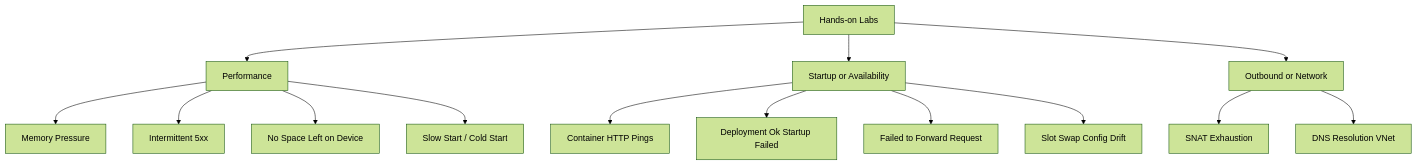
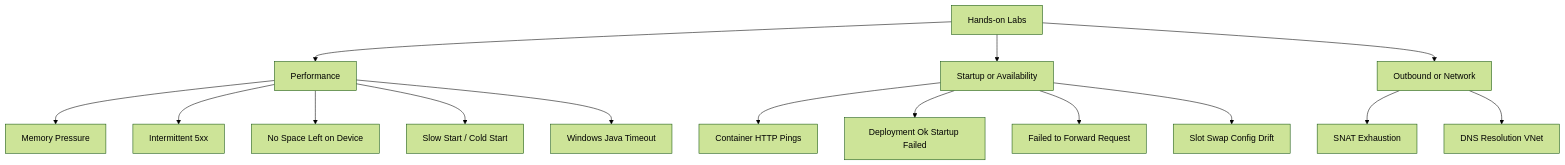
Before and after one commit to yeongseon/azure-app-service-practical-guide: the diagram in docs/troubleshooting/lab-guides/index.md, drawn with Mermaid (forest theme). The commit also changed other lines of this file and 1 other file, not shown here.

Commit message:
docs: fix Windows Java lab guide structure and document observability gaps

````diff
--- a/docs/troubleshooting/lab-guides/index.md
+++ b/docs/troubleshooting/lab-guides/index.md
@@ -17,16 +17,17 @@
 ```mermaid
 graph TD
     A[Hands-on Labs] --> B[Performance]
     A --> C[Startup or Availability]
     A --> D[Outbound or Network]
     B --> E[Memory Pressure]
     B --> F[Intermittent 5xx]
     B --> G[No Space Left on Device]
     B --> H[Slow Start / Cold Start]
+    B --> O[Windows Java Timeout]
     C --> I[Container HTTP Pings]
     C --> J[Deployment Ok Startup Failed]
     C --> K[Failed to Forward Request]
     C --> L[Slot Swap Config Drift]
     D --> M[SNAT Exhaustion]
     D --> N[DNS Resolution VNet]
 ```
````
